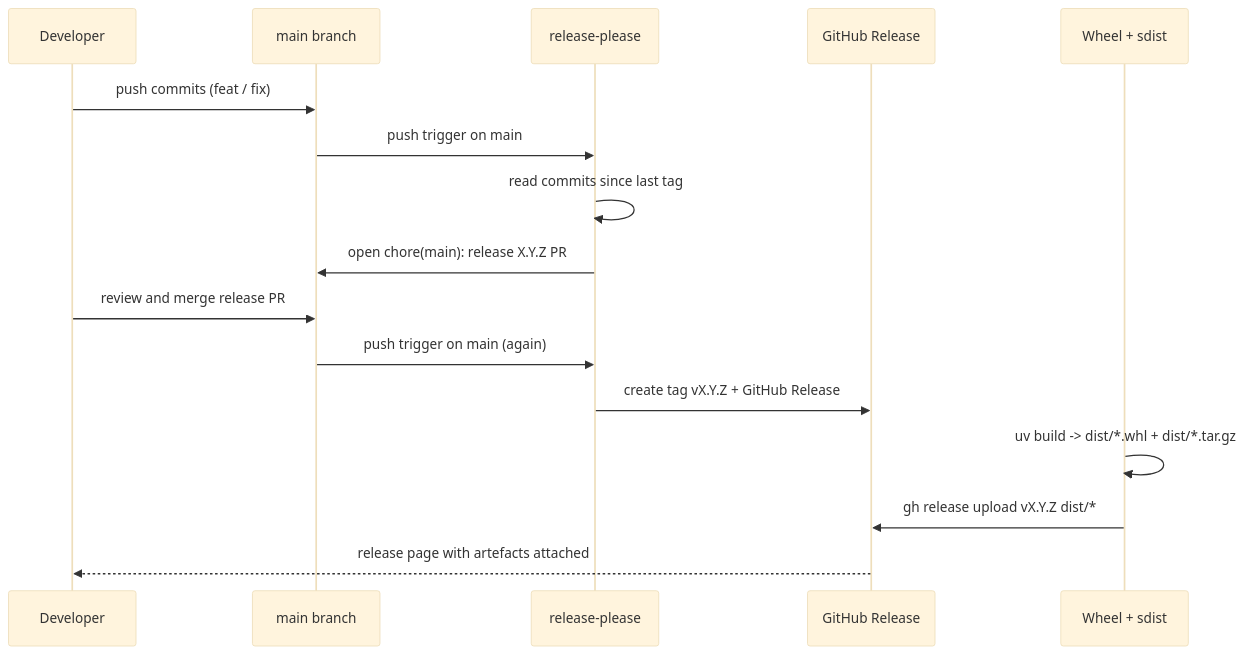
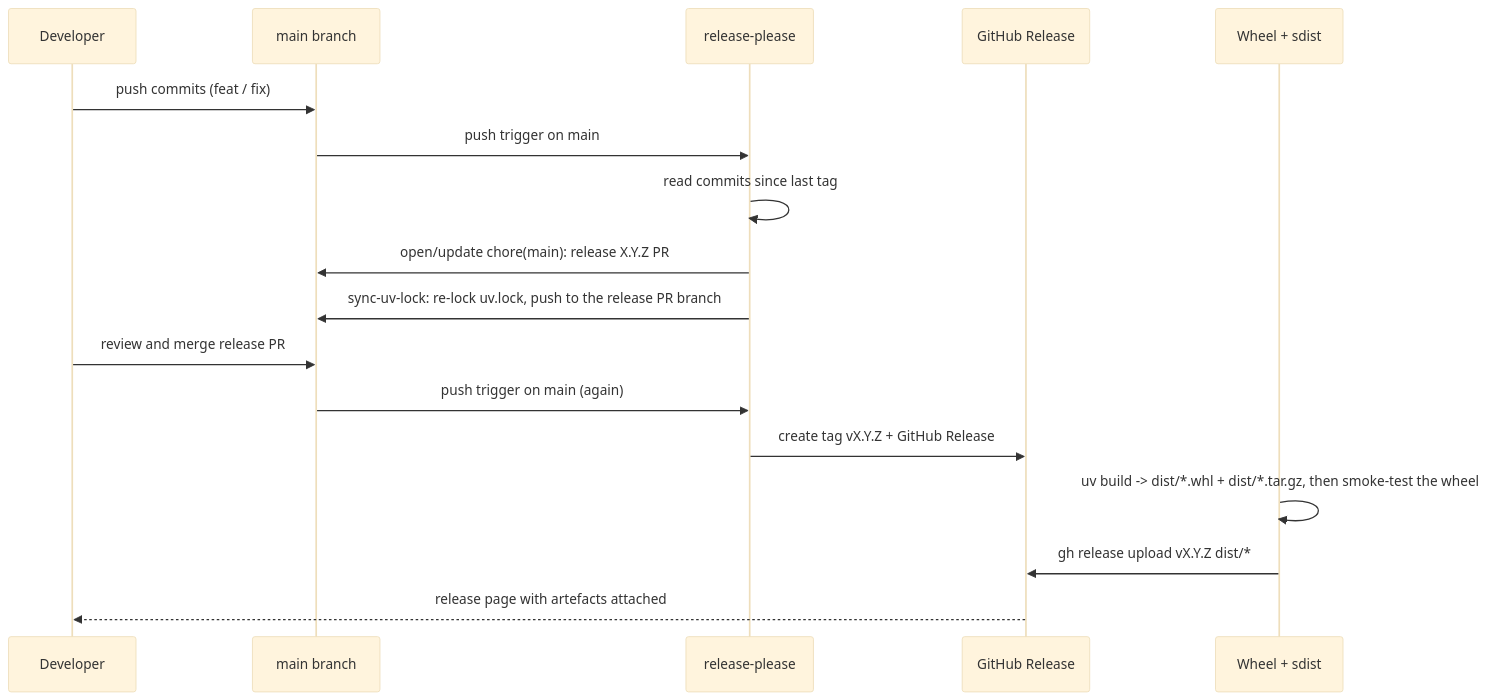
One commit to VforVitorio/F1_Strat_Manager changed the second of 2 diagrams in docs/pages/ci-cd.md. Above: the diagram before and after it, drawn with Mermaid (base theme). The commit also changed other lines of this file and 21 other files, not shown here.

````diff
--- a/docs/pages/ci-cd.md
+++ b/docs/pages/ci-cd.md
@@ -79,19 +85,20 @@
 ```mermaid
 sequenceDiagram
     participant Dev as Developer
     participant Repo as main branch
     participant Bot as release-please
     participant Rel as GitHub Release
     participant Art as Wheel + sdist
 
     Dev->>Repo: push commits (feat / fix)
     Repo->>Bot: push trigger on main
     Bot->>Bot: read commits since last tag
-    Bot->>Repo: open chore(main): release X.Y.Z PR
+    Bot->>Repo: open/update chore(main): release X.Y.Z PR
+    Bot->>Repo: sync-uv-lock: re-lock uv.lock, push to the release PR branch
     Dev->>Repo: review and merge release PR
     Repo->>Bot: push trigger on main (again)
     Bot->>Rel: create tag vX.Y.Z + GitHub Release
-    Art->>Art: uv build -> dist/*.whl + dist/*.tar.gz
+    Art->>Art: uv build -> dist/*.whl + dist/*.tar.gz, then smoke-test the wheel
     Art->>Rel: gh release upload vX.Y.Z dist/*
     Rel-->>Dev: release page with artefacts attached
 ```
````
